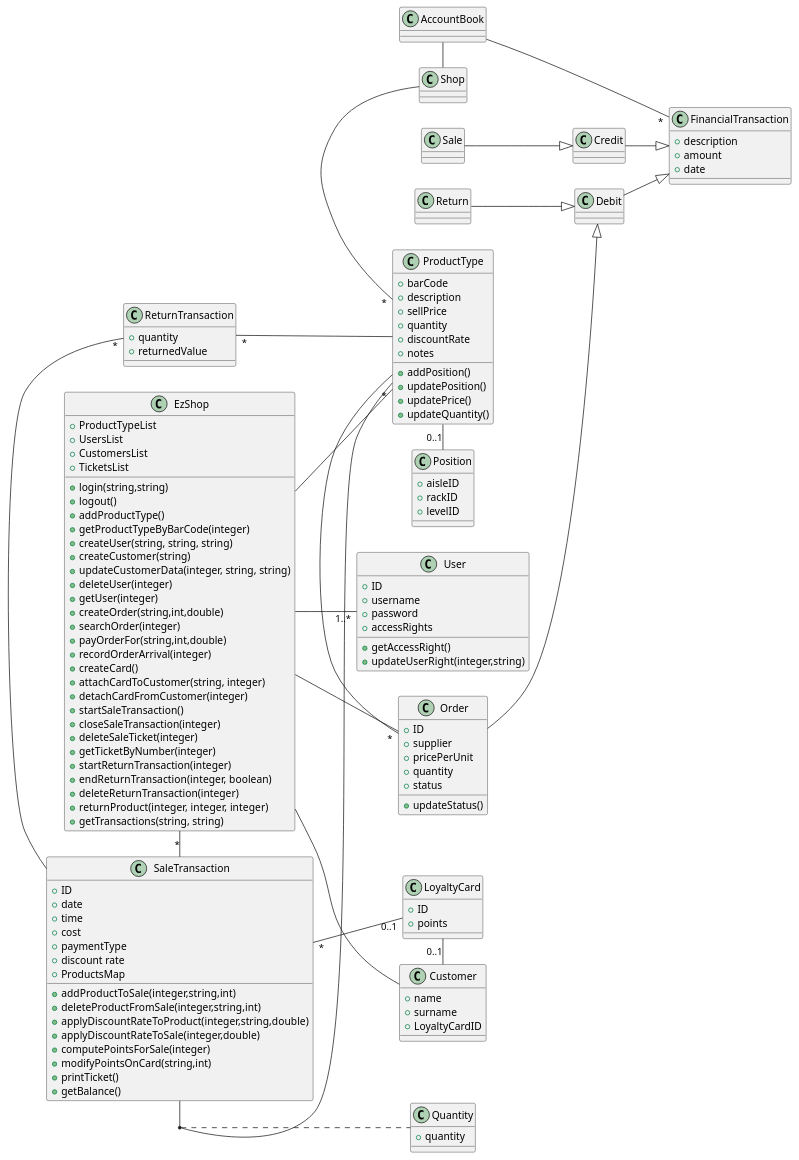
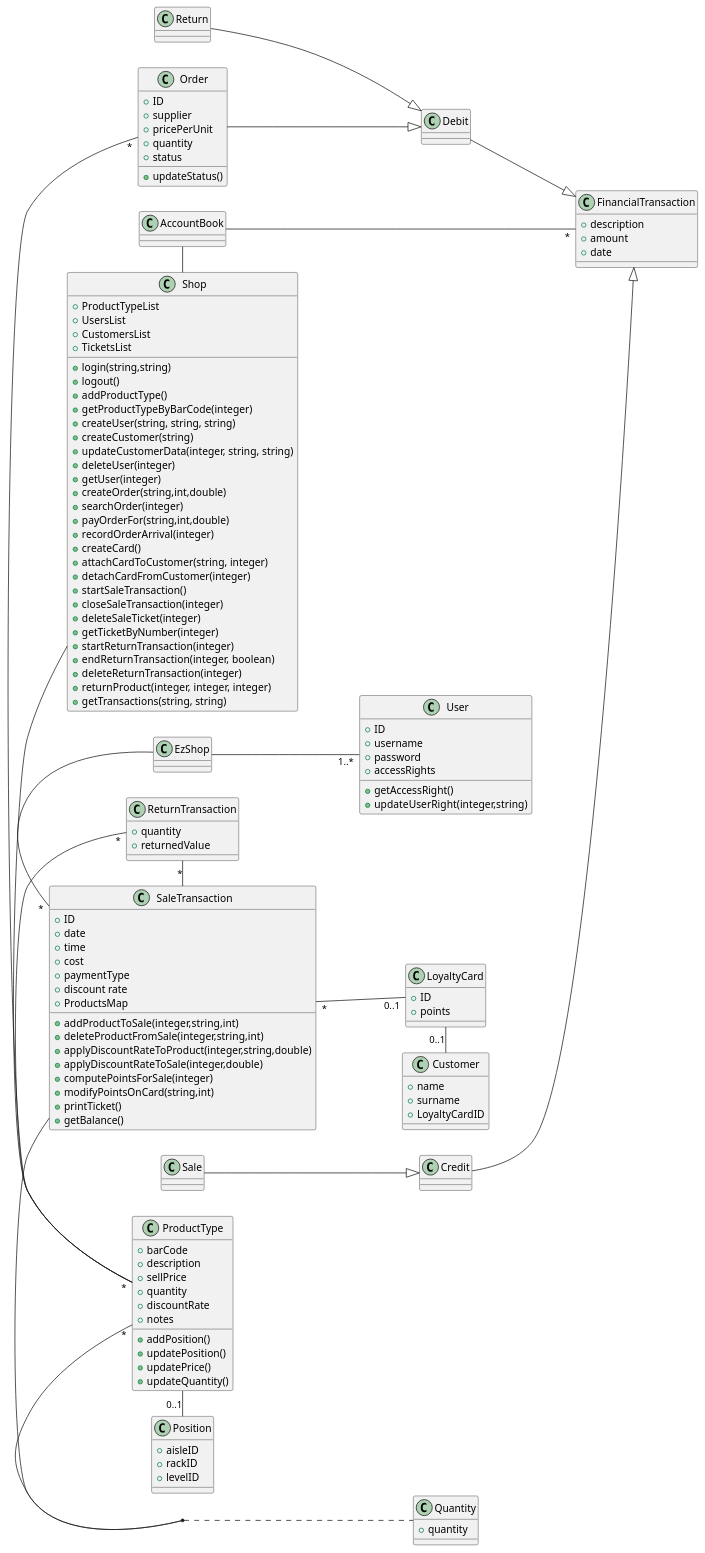
The second of 2 diagrams in Deliverables/DesignDocument.md (GrayNeel/SoftEngProject-EZShop), drawn with PlantUML before and after one commit.

Commit message:
fix(DesignDocument): Renamed EZShop class in Shop

```diff
--- a/Deliverables/DesignDocument.md
+++ b/Deliverables/DesignDocument.md
@@ -49,8 +49,7 @@
 @startuml
 
 left to right direction
-
-class EzShop {
+class Shop {
     +ProductTypeList
     +UsersList
     +CustomersList
@@ -82,12 +81,6 @@
     +returnProduct(integer, integer, integer)
     +getTransactions(string, string)
 }
-
-EzShop -- ProductType
-EzShop -- Order
-EzShop -- Customer
-
-class Shop
 class AccountBook 
 
 AccountBook - Shop
```
